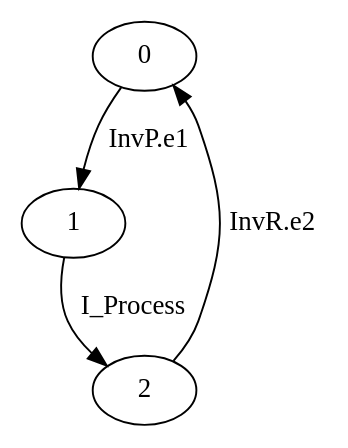
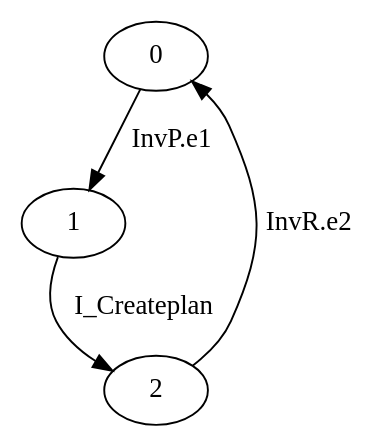
One commit to gfads/midarch changed the diagram in src/newsolution/gmidarch/development/repositories/dot/Planner.dot. Above: the diagram before and after it, drawn with Graphviz. The commit also changed 24 other files, not shown here.

```diff
--- a/src/newsolution/gmidarch/development/repositories/dot/Planner.dot
+++ b/src/newsolution/gmidarch/development/repositories/dot/Planner.dot
@@ -1,5 +1,5 @@
 digraph G {
   0 -> 1 [ label="InvP.e1" ];
-  1 -> 2 [ label="I_Process" ];
+  1 -> 2 [ label="I_Createplan" ];
   2 -> 0 [ label="InvR.e2" ];
 }
```
